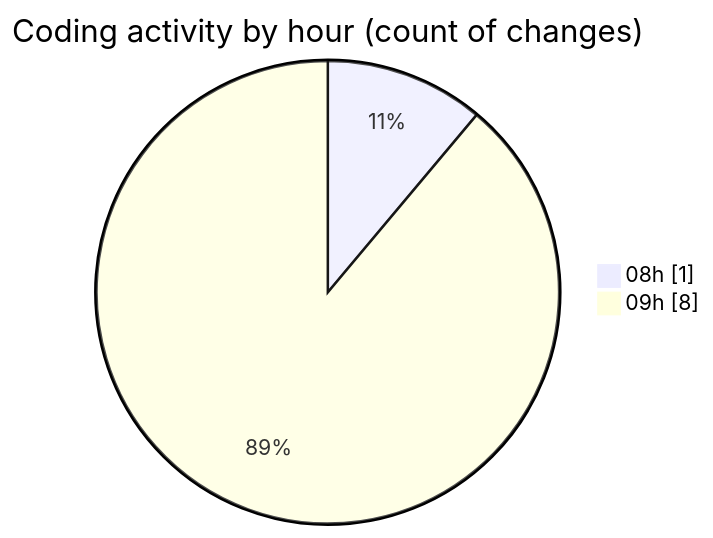
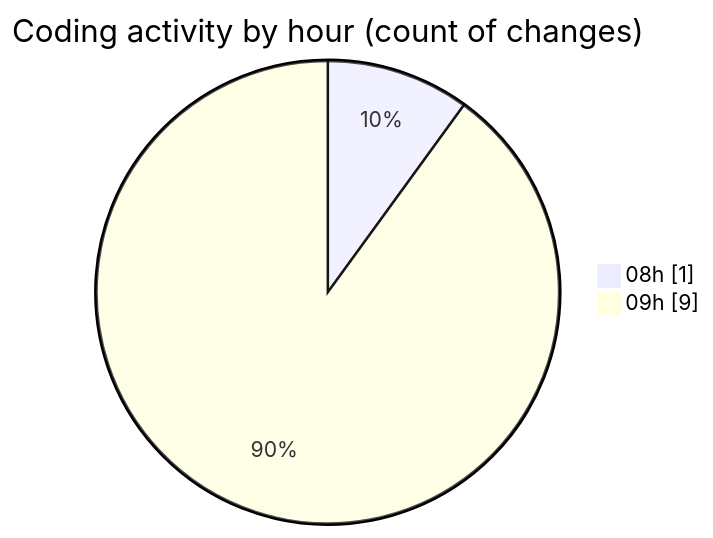
One commit to BS-eng2023/code-tracking changed the second of 2 diagrams in 2025-04-04/jsvms/README.md. Above: the diagram before and after it, drawn with Mermaid. The commit also changed other lines of this file and 1 other file, not shown here.

````diff
--- a/2025-04-04/jsvms/README.md
+++ b/2025-04-04/jsvms/README.md
@@ -32,6 +33,6 @@
 ```mermaid
 pie showData
 title Coding activity by hour (count of changes)
 "08h" : 1
-"09h" : 8
+"09h" : 9
 ```
````
